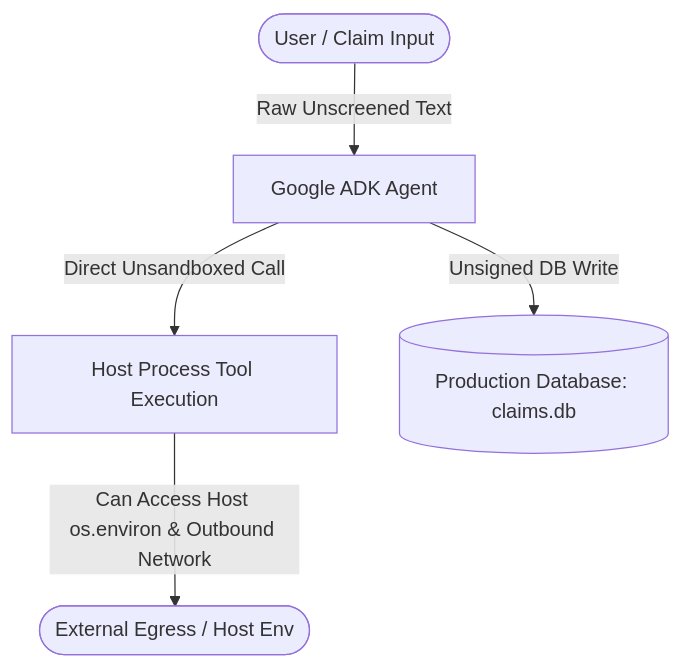
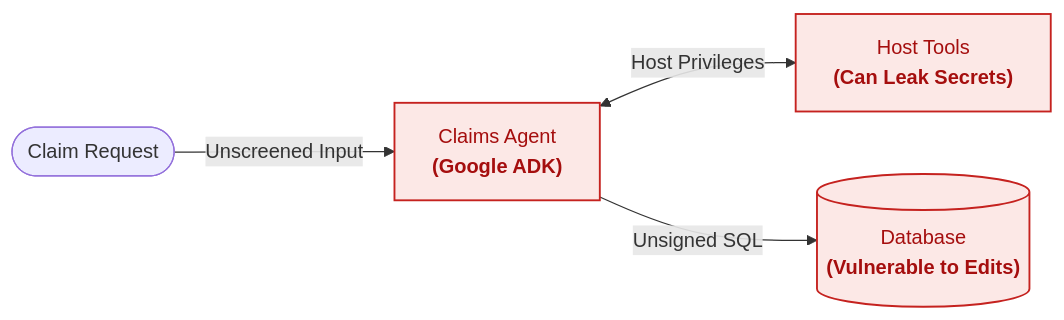
Before and after one commit to upasana1105/UP_Demos: the first of 2 diagrams in auto-claims-demo/README.md, drawn with Mermaid. The commit also changed other lines of this file, not shown here.

Commit message:
docs(auto-claims): simplify and streamline before-and-after architecture diagrams

````diff
--- a/auto-claims-demo/README.md
+++ b/auto-claims-demo/README.md
@@ -21,7 +21,9 @@
 ```mermaid
-graph TD
-    User([User / Claim Input]) -->|Raw Unscreened Text| Agent[Google ADK Agent]
-    Agent -->|Direct Unsandboxed Call| Tool[Host Process Tool Execution]
-    Tool -->|Can Access Host os.environ & Outbound Network| Ext([External Egress / Host Env])
-    Agent -->|Unsigned DB Write| DB[(Production Database: claims.db)]
+flowchart LR
+    User([Claim Request]) -->|Unscreened Input| Agent["Claims Agent<br/><b>(Google ADK)</b>"]
+    Agent <-->|Host Privileges| Tool["Host Tools<br/><b>(Can Leak Secrets)</b>"]
+    Agent -->|Unsigned SQL| DB[("Database<br/><b>(Vulnerable to Edits)</b>")]
+
+    classDef vuln fill:#fce8e6,stroke:#c5221f,stroke-width:1.5px,color:#a50e0e;
+    class Agent,Tool,DB vuln;
 ```
````
